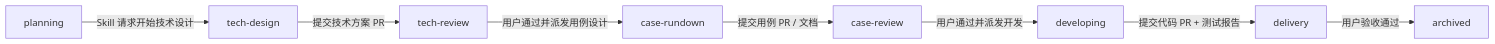
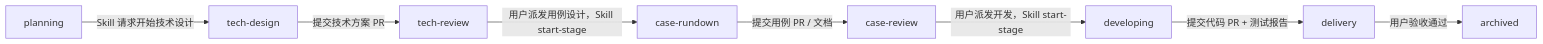
Before and after one commit to chaoyang805/proud-flow: the second of 2 diagrams in docs/backend-technical-design.md, drawn with Mermaid. The commit also changed other lines of this file and 2 other files, not shown here.

````diff
--- a/docs/backend-technical-design.md
+++ b/docs/backend-technical-design.md
@@ -192,10 +191,10 @@
 ```mermaid
 flowchart LR
   Planning["planning"] -->|Skill 请求开始技术设计| TechDesign["tech-design"]
   TechDesign -->|提交技术方案 PR| TechReview["tech-review"]
-  TechReview -->|用户通过并派发用例设计| CaseRundown["case-rundown"]
+  TechReview -->|用户派发用例设计，Skill start-stage| CaseRundown["case-rundown"]
   CaseRundown -->|提交用例 PR / 文档| CaseReview["case-review"]
-  CaseReview -->|用户通过并派发开发| Developing["developing"]
+  CaseReview -->|用户派发开发，Skill start-stage| Developing["developing"]
   Developing -->|提交代码 PR + 测试报告| Delivery["delivery"]
   Delivery -->|用户验收通过| Archived["archived"]
 ```
````
